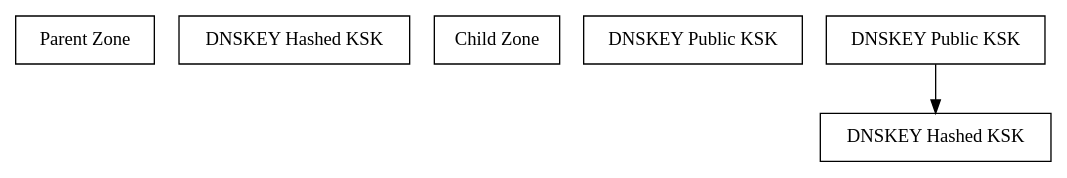
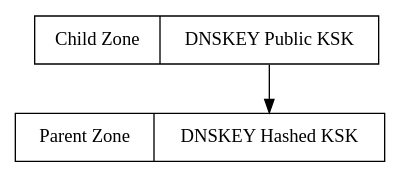
One commit to omussell/homelab changed the diagram in pic/ds.gv. Above: the diagram before and after it, drawn with Graphviz. The commit also changed 1 other file, not shown here.

```diff
--- a/pic/ds.gv
+++ b/pic/ds.gv
@@ -1,15 +1,7 @@
 digraph structs {
 node [shape=record];
-#	struct1 [shape=record, label="Parent Zone"];
-#	struct2 [shape=record, label="Child Zone"];
+	struct1 [shape=record, label="Parent Zone|<f1> DNSKEY Hashed KSK"];
+	struct2 [shape=record, label="Child Zone|<f2> DNSKEY Public KSK"];
 
-rank = same; "Parent Zone"; "DNSKEY Hashed KSK";
-rank = same; "Child Zone"; "DNSKEY Public KSK";
-
-	struct3 [shape=record, label="DNSKEY Hashed KSK"];
-	struct4 [shape=record, label="DNSKEY Public KSK"];
-
-#	struct1 -> struct3 [style=dotted];
-#	struct2 -> struct4 [style=dotted];
-	struct4 -> struct3;
+	struct2:f2 -> struct1:f1
 }
```
